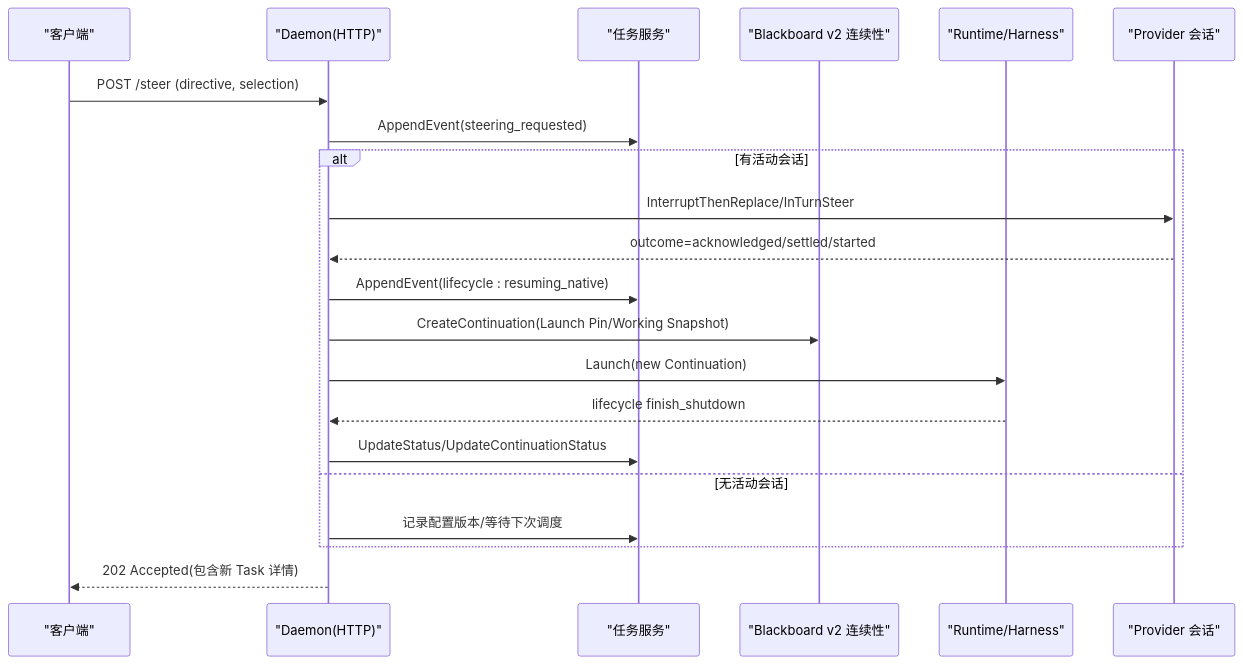
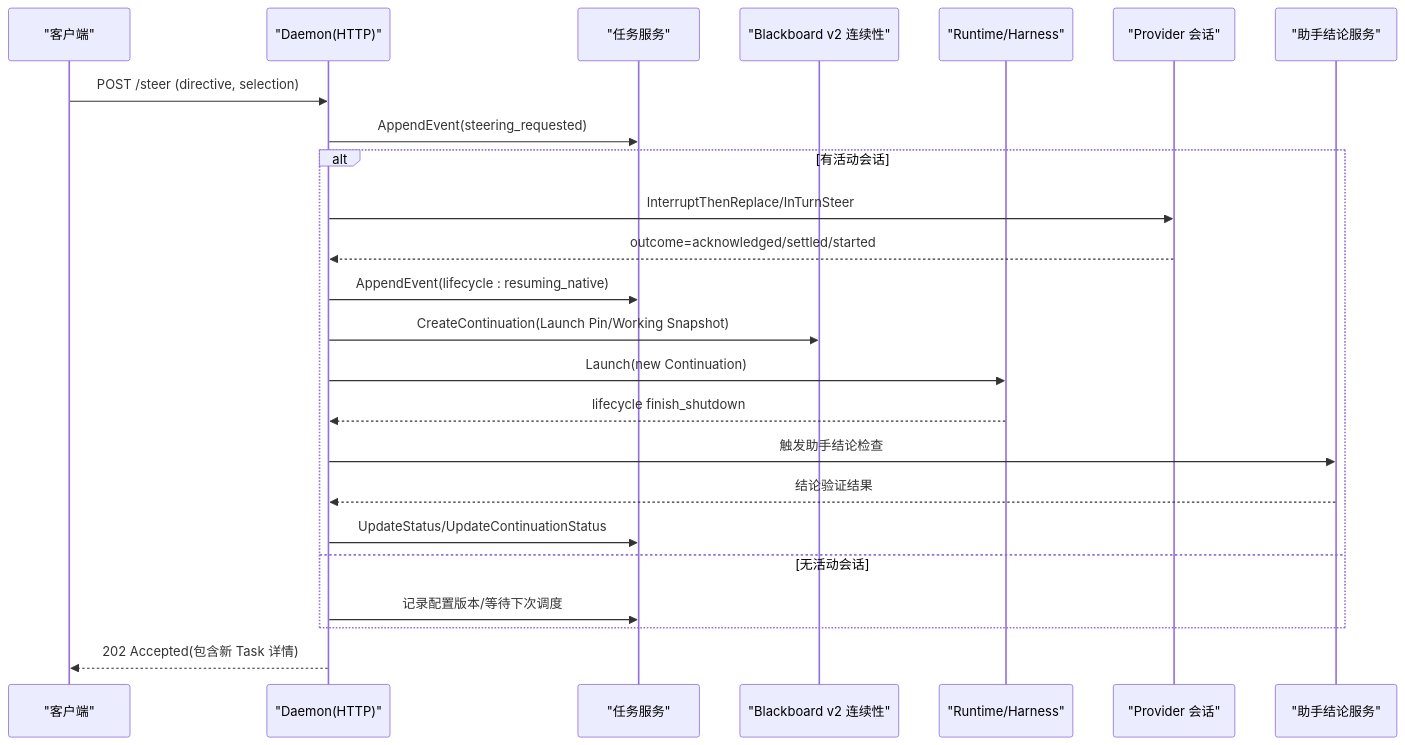
Before and after one commit to n1majne3/CyberPenda: the second of 12 diagrams in .qoder/repowiki/zh/content/核心架构/控制平面 - Daemon服务/任务生命周期管理/任务生命周期管理.md, drawn with Mermaid. The commit also changed other lines of this file and 6 other files, not shown here.

````diff
--- a/.qoder/repowiki/zh/content/核心架构/控制平面 - Daemon服务/任务生命周期管理/任务生命周期管理.md
+++ b/.qoder/repowiki/zh/content/核心架构/控制平面 - Daemon服务/任务生命周期管理/任务生命周期管理.md
@@ -92,23 +118,26 @@
 ```mermaid
 sequenceDiagram
 participant Client as "客户端"
 participant Daemon as "Daemon(HTTP)"
 participant TaskSvc as "任务服务"
 participant BBV2 as "Blackboard v2 连续性"
 participant Harness as "Runtime/Harness"
 participant Prov as "Provider 会话"
+participant AC as "助手结论服务"
 Client->>Daemon : POST /steer (directive, selection)
 Daemon->>TaskSvc : AppendEvent(steering_requested)
 alt 有活动会话
 Daemon->>Prov : InterruptThenReplace/InTurnSteer
 Prov-->>Daemon : outcome=acknowledged/settled/started
 Daemon->>TaskSvc : AppendEvent(lifecycle : resuming_native)
 Daemon->>BBV2 : CreateContinuation(Launch Pin/Working Snapshot)
 Daemon->>Harness : Launch(new Continuation)
 Harness-->>Daemon : lifecycle finish_shutdown
+Daemon->>AC : 触发助手结论检查
+AC-->>Daemon : 结论验证结果
 Daemon->>TaskSvc : UpdateStatus/UpdateContinuationStatus
 else 无活动会话
 Daemon->>TaskSvc : 记录配置版本/等待下次调度
 end
 Daemon-->>Client : 202 Accepted(包含新 Task 详情)
 ```
````
